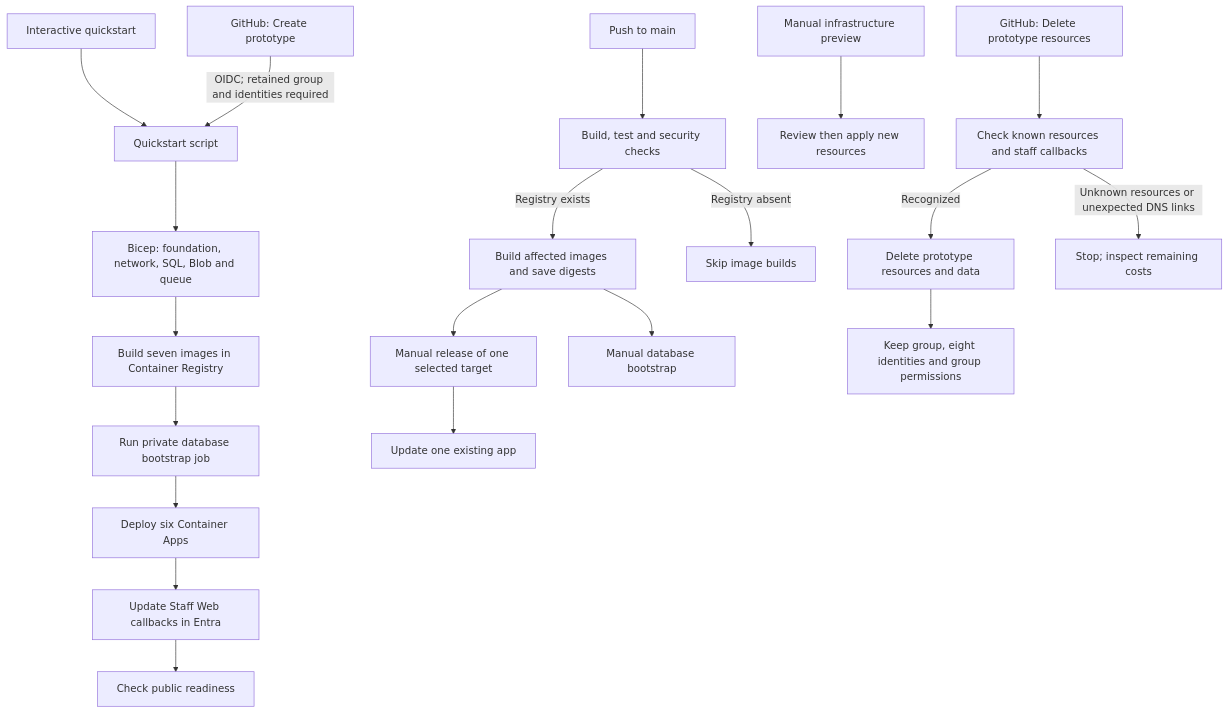
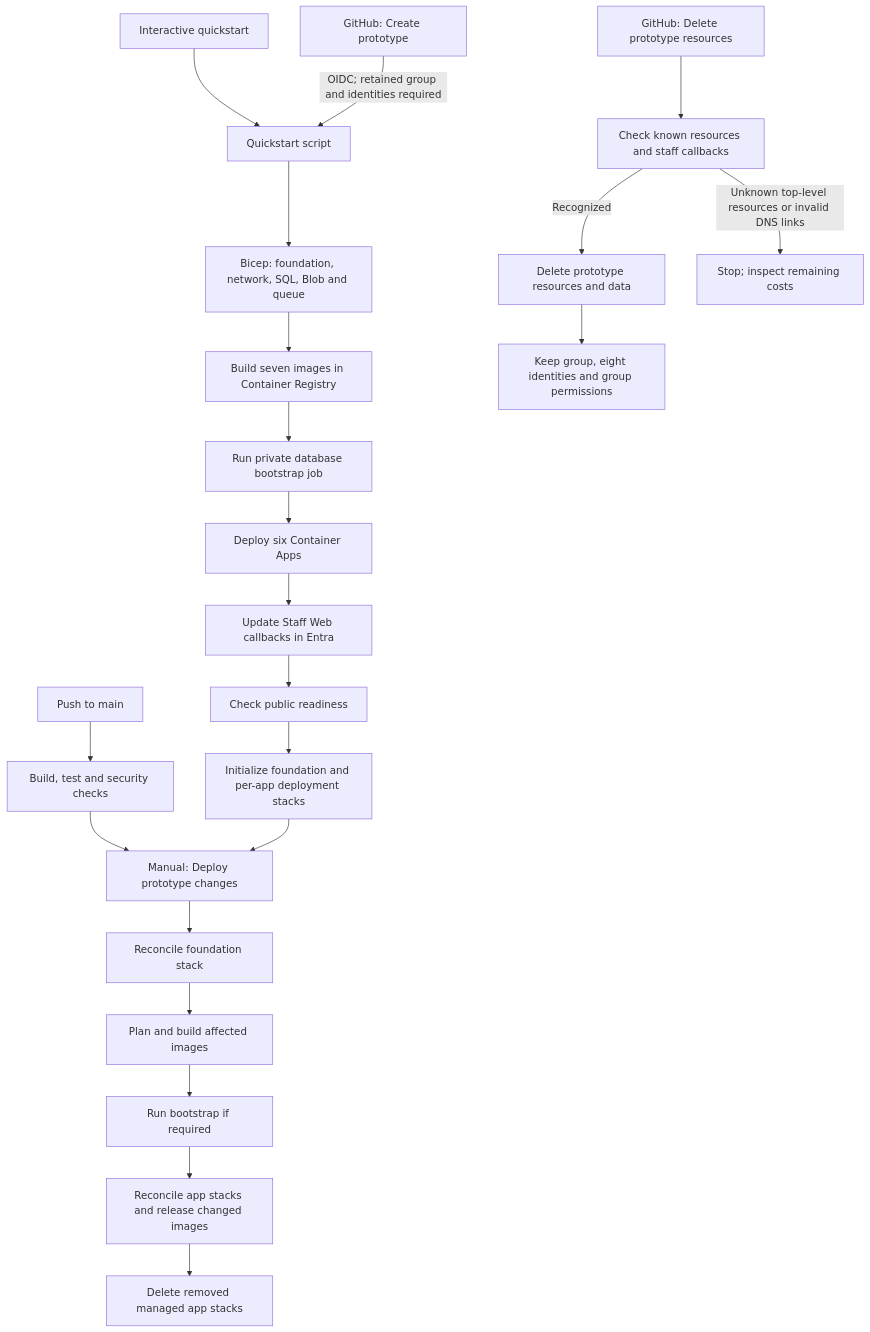
Before and after one commit to eyeballpaul/Mortgage-Processing-Application: the fourth of 4 diagrams in docs/architecture.md, drawn with Mermaid. The commit also changed other lines of this file and 40 other files, not shown here.

````diff
--- a/docs/architecture.md
+++ b/docs/architecture.md
@@ -252,24 +252,26 @@
 ```mermaid
 flowchart TD
     Manual[Interactive quickstart] --> Script[Quickstart script]
     Create[GitHub: Create prototype] -->|OIDC; retained group and identities required| Script
     Script --> Foundation[Bicep: foundation, network, SQL, Blob and queue]
     Foundation --> Images[Build seven images in Container Registry]
     Images --> Bootstrap[Run private database bootstrap job]
     Bootstrap --> Apps[Deploy six Container Apps]
     Apps --> Callbacks[Update Staff Web callbacks in Entra]
     Callbacks --> Ready[Check public readiness]
+    Ready --> Owners[Initialize foundation and per-app deployment stacks]
 
     Push[Push to main] --> CI[Build, test and security checks]
-    CI -->|Registry exists| Images2[Build affected images and save digests]
-    CI -->|Registry absent| Skip[Skip image builds]
-    Preview[Manual infrastructure preview] --> ReviewInfra[Review then apply new resources]
-    Images2 --> Release[Manual release of one selected target]
-    Release --> AppUpdate[Update one existing app]
-    Images2 --> Migration[Manual database bootstrap]
+    CI --> Deploy[Manual: Deploy prototype changes]
+    Owners --> Deploy
+    Deploy --> Shared[Reconcile foundation stack]
+    Shared --> Builds[Plan and build affected images]
+    Builds --> Migrate[Run bootstrap if required]
+    Migrate --> Update[Reconcile app stacks and release changed images]
+    Update --> Removed[Delete removed managed app stacks]
 
     Delete[GitHub: Delete prototype resources] --> Review[Check known resources and staff callbacks]
     Review -->|Recognized| Remove[Delete prototype resources and data]
-    Review -->|Unknown resources or unexpected DNS links| Stop[Stop; inspect remaining costs]
+    Review -->|Unknown top-level resources or invalid DNS links| Stop[Stop; inspect remaining costs]
     Remove --> Retain[Keep group, eight identities and group permissions]
 ```
````
